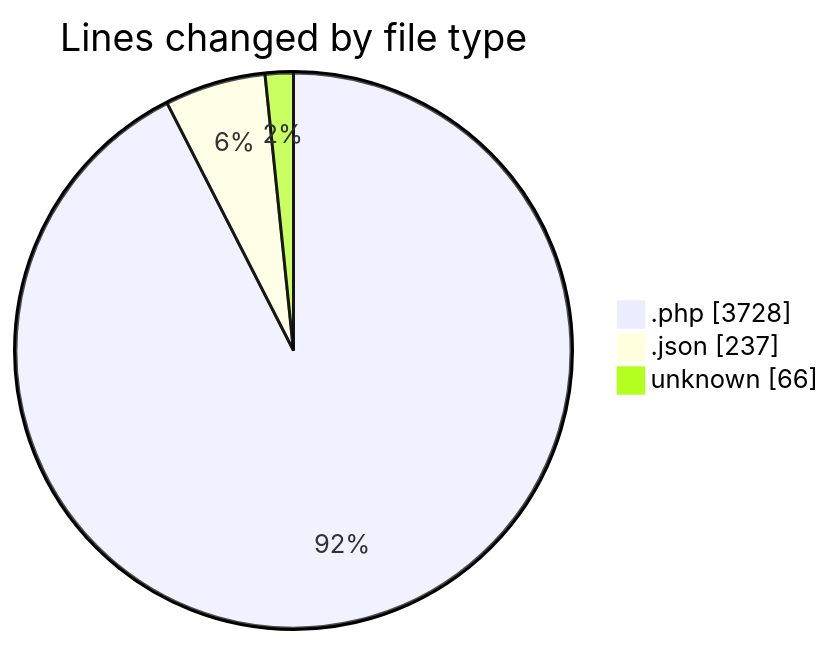
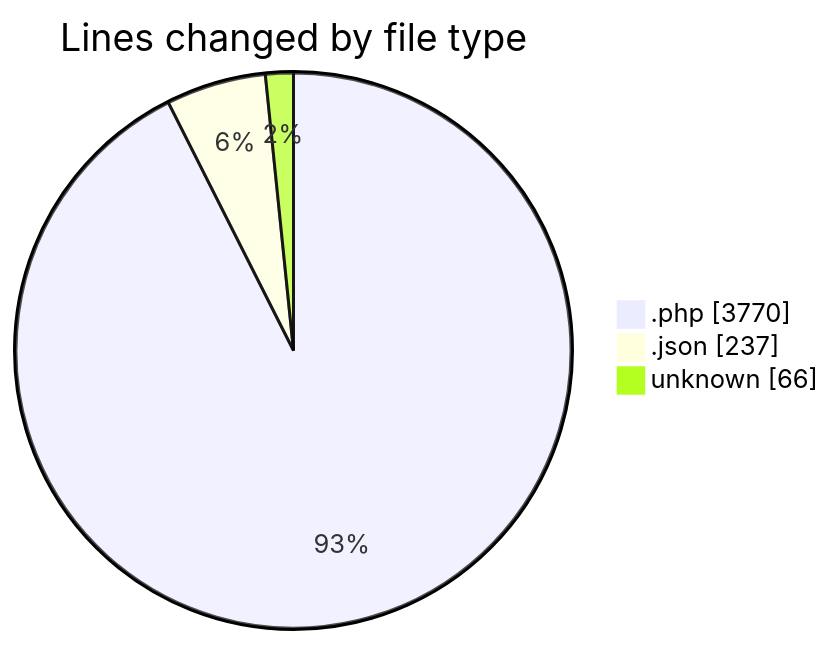
The first of 2 diagrams in 2025-06-06/sewa-mobil/README.md (idhammustaqopulfikri/code-tracking), drawn with Mermaid before and after one commit. The commit also changed other lines of this file and 1 other file, not shown here.

````diff
--- a/2025-06-06/sewa-mobil/README.md
+++ b/2025-06-06/sewa-mobil/README.md
@@ -35,7 +36,7 @@
 ```mermaid
 pie showData
 title Lines changed by file type
-".php" : 3728
+".php" : 3770
 ".json" : 237
 "unknown" : 66
 ```
````
